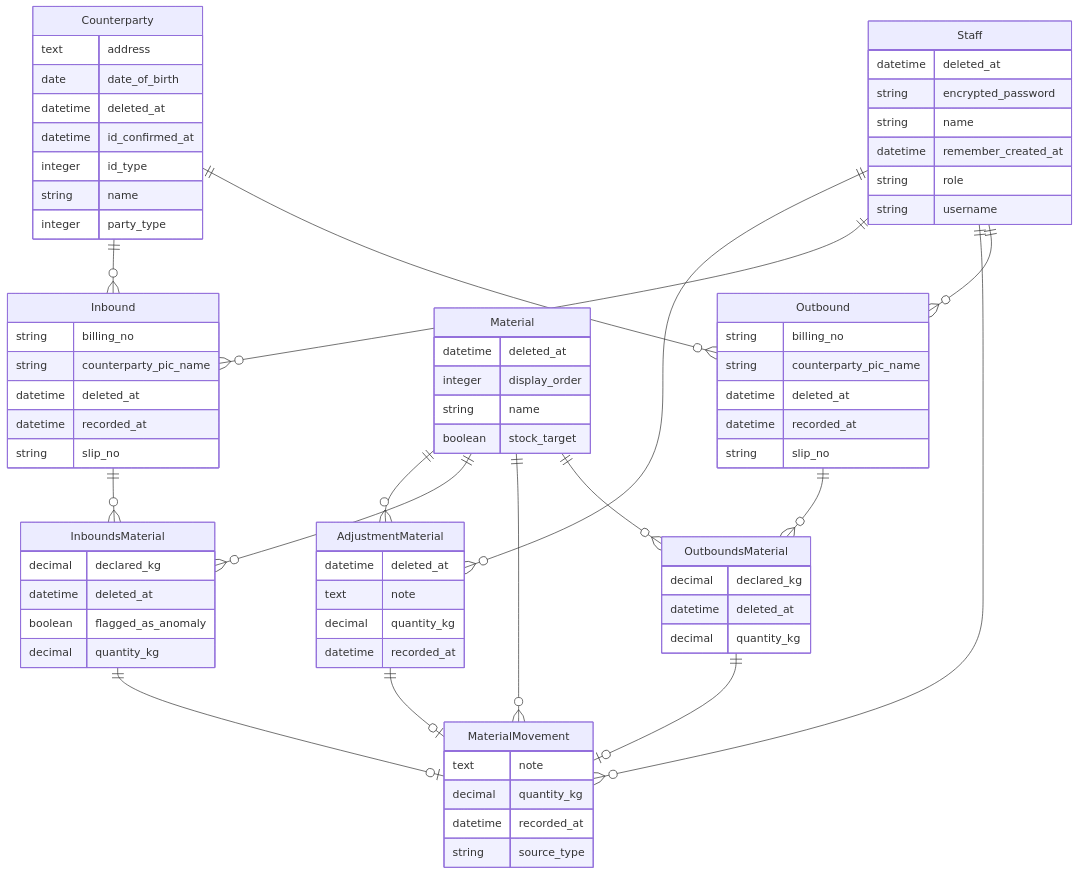
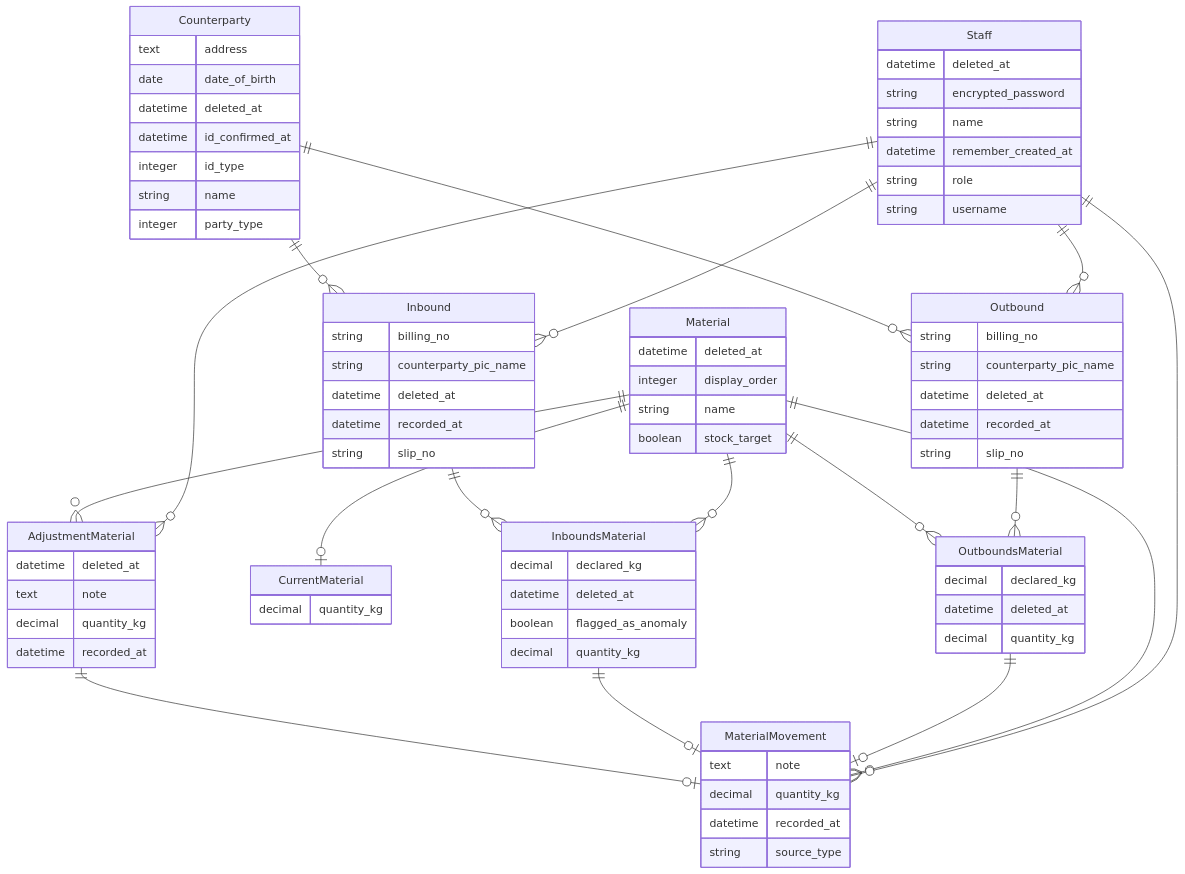
Before and after one commit to songgeye/Loopworks: the diagram in erd.mmd, drawn with Mermaid. The commit also changed 49 other files, not shown here.

Commit message:
feat: 在庫の現在値を持つ CurrentMaterial を追加

```diff
--- a/erd.mmd
+++ b/erd.mmd
@@ -1,77 +1,81 @@
 erDiagram
 	direction TB
 	AdjustmentMaterial {
 		datetime deleted_at
 		text note
 		decimal quantity_kg
 		datetime recorded_at
 	}
 	Counterparty {
 		text address
 		date date_of_birth
 		datetime deleted_at
 		datetime id_confirmed_at
 		integer id_type
 		string name
 		integer party_type
+	}
+	CurrentMaterial {
+		decimal quantity_kg
 	}
 	Inbound {
 		string billing_no
 		string counterparty_pic_name
 		datetime deleted_at
 		datetime recorded_at
 		string slip_no
 	}
 	InboundsMaterial {
 		decimal declared_kg
 		datetime deleted_at
 		boolean flagged_as_anomaly
 		decimal quantity_kg
 	}
 	Material {
 		datetime deleted_at
 		integer display_order
 		string name
 		boolean stock_target
 	}
 	MaterialMovement {
 		text note
 		decimal quantity_kg
 		datetime recorded_at
 		string source_type
 	}
 	Outbound {
 		string billing_no
 		string counterparty_pic_name
 		datetime deleted_at
 		datetime recorded_at
 		string slip_no
 	}
 	OutboundsMaterial {
 		decimal declared_kg
 		datetime deleted_at
 		decimal quantity_kg
 	}
 	Staff {
 		datetime deleted_at
 		string encrypted_password
 		string name
 		datetime remember_created_at
 		string role
 		string username
 	}
 	Material ||--}o AdjustmentMaterial : ""
 	Staff ||--}o AdjustmentMaterial : ""
 	AdjustmentMaterial ||--|o MaterialMovement : ""
 	InboundsMaterial ||--|o MaterialMovement : ""
 	OutboundsMaterial ||--|o MaterialMovement : ""
 	Counterparty ||--}o Inbound : ""
 	Counterparty ||--}o Outbound : ""
+	Material ||--|o CurrentMaterial : ""
 	Staff ||--}o Inbound : ""
+	Inbound ||--}o InboundsMaterial : ""
 	Material ||--}o InboundsMaterial : ""
-	Inbound ||--}o InboundsMaterial : ""
+	Material ||--}o OutboundsMaterial : ""
 	Material ||--}o MaterialMovement : ""
 	Staff ||--}o MaterialMovement : ""
 	Staff ||--}o Outbound : ""
 	Outbound ||--}o OutboundsMaterial : ""
-	Material ||--}o OutboundsMaterial : ""
```
